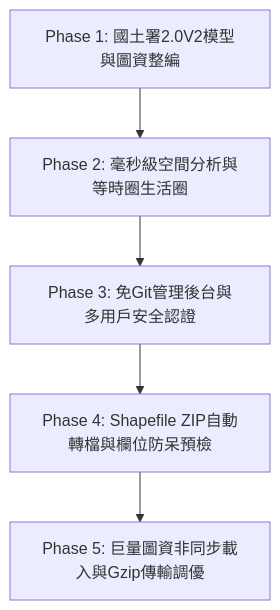
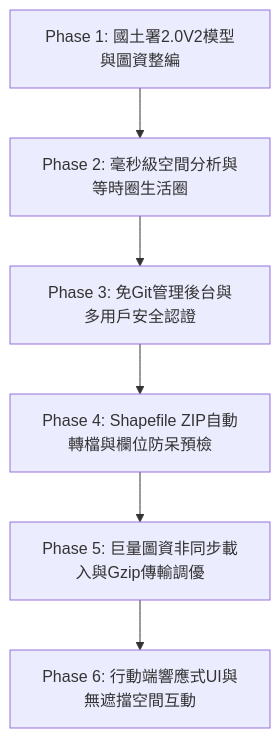
The first of 3 diagrams in docs/PLATFORM_BUILD_GUIDE.md (YTCheng0507/HCTWebGISdemo), drawn with Mermaid before and after one commit. The commit also changed other lines of this file and 1 other file, not shown here.

````diff
--- a/docs/PLATFORM_BUILD_GUIDE.md
+++ b/docs/PLATFORM_BUILD_GUIDE.md
@@ -20,7 +22,8 @@
 ```mermaid
 flowchart TD
     A[Phase 1: 國土署2.0V2模型與圖資整編] --> B[Phase 2: 毫秒級空間分析與等時圈生活圈]
     B --> C[Phase 3: 免Git管理後台與多用戶安全認證]
     C --> D[Phase 4: Shapefile ZIP自動轉檔與欄位防呆預檢]
     D --> E[Phase 5: 巨量圖資非同步載入與Gzip傳輸調優]
+    E --> F[Phase 6: 行動端響應式UI與無遮擋空間互動]
 ```
````
